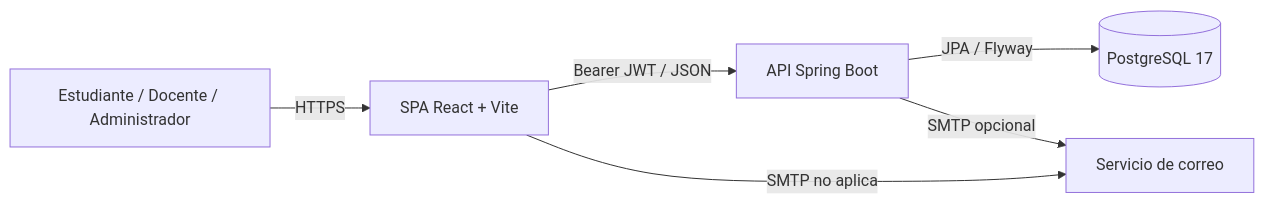
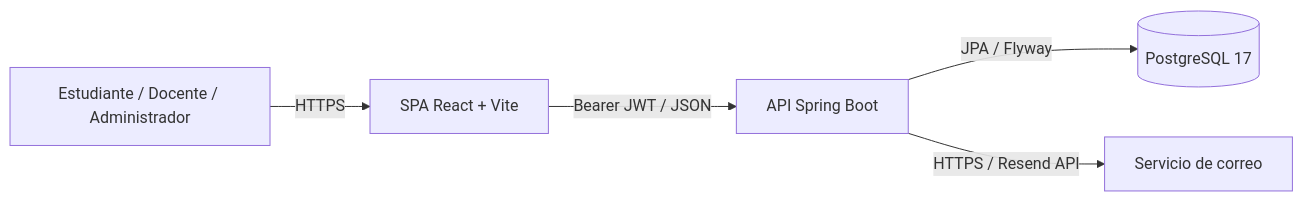
Before and after one commit to graduation-project-Aprendizaje-Usco/backend: the diagram in docs/entrega/arquitectura-despliegue.md, drawn with Mermaid. The commit also changed other lines of this file and 22 other files, not shown here.

Commit message:
feat: migrate email delivery to Resend API.

````diff
--- a/docs/entrega/arquitectura-despliegue.md
+++ b/docs/entrega/arquitectura-despliegue.md
@@ -7,8 +7,7 @@
 ```mermaid
 flowchart LR
     U[Estudiante / Docente / Administrador] -->|HTTPS| F[SPA React + Vite]
     F -->|Bearer JWT / JSON| B[API Spring Boot]
     B -->|JPA / Flyway| P[(PostgreSQL 17)]
-    B -->|SMTP opcional| M[Servicio de correo]
-    F -->|SMTP no aplica| M
+    B -->|HTTPS / Resend API| M[Servicio de correo]
 ```
````
